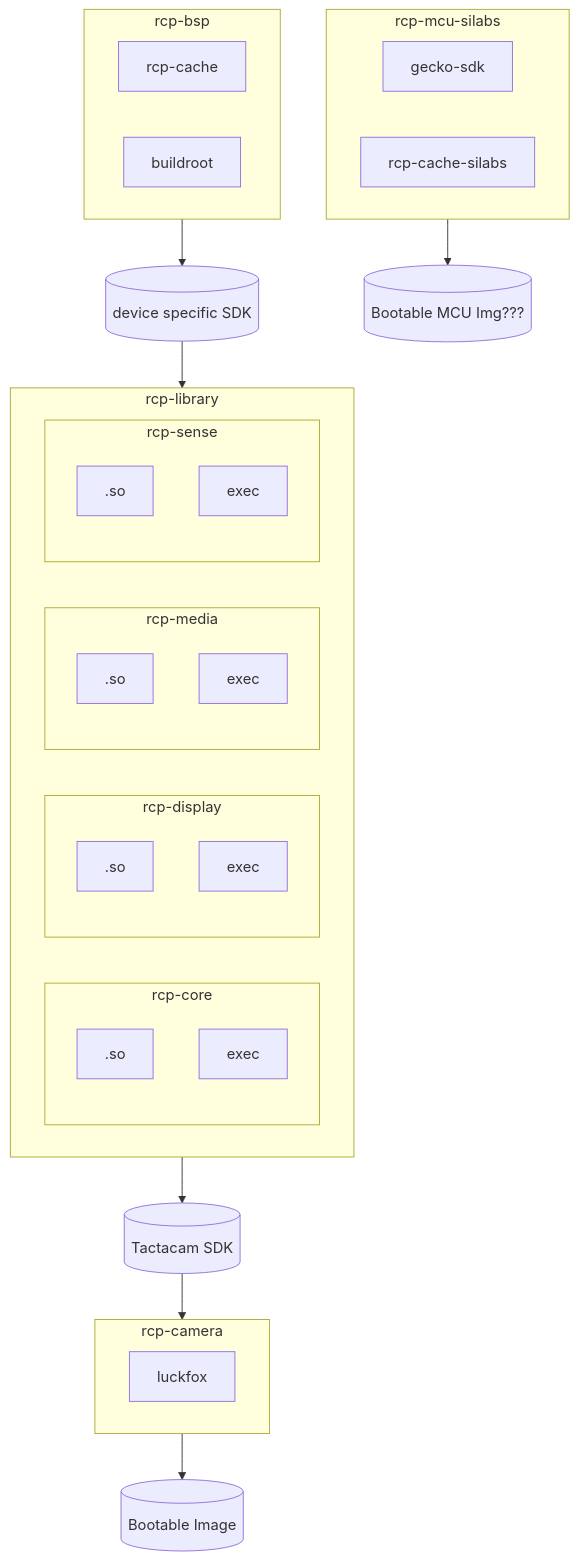
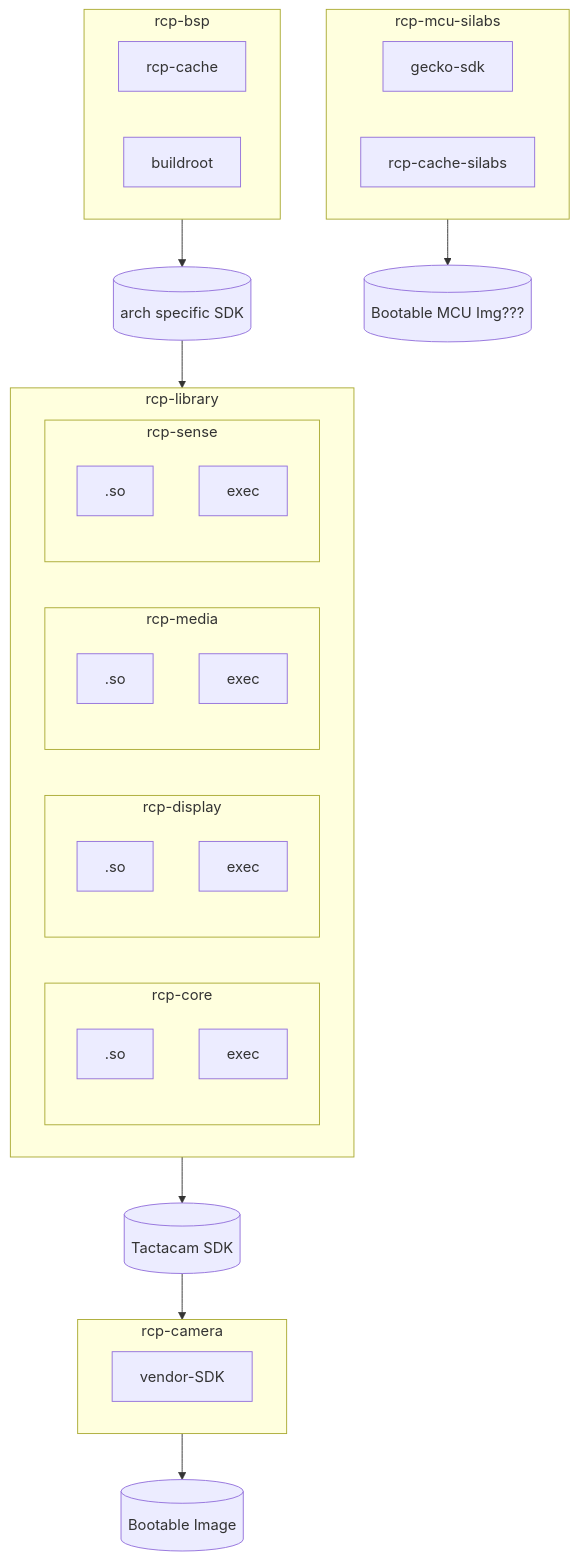
Before and after one commit to tactacam-ryanmoe/markdown-test: the second of 2 diagrams in README.md, drawn with Mermaid.

````diff
--- a/README.md
+++ b/README.md
@@ -39,56 +39,56 @@
 ```mermaid
 flowchart TB
 
     subgraph rcp-bsp
         rcp-cache
         buildroot
     end
 
     rcp-bsp --> SDK
-    SDK[(device specific SDK)]
+    SDK[(arch specific SDK)]
     
 
     SDK --> rcp-library
     subgraph rcp-library
         subgraph rcp-core
             coreso[.so]
             coreexe[exec]
         end
         subgraph rcp-display
             displayso[.so]
             displayexe[exec]
         end
         subgraph rcp-media
             mediaso[.so]
             mediaexe[exec]
         end
         subgraph rcp-sense
             senseso[.so]
             senseexe[exec]
         end
     end
 
     rcp-library --> TACTACAMSDK
     TACTACAMSDK[(Tactacam SDK)]
 
     TACTACAMSDK --> rcp-camera
     subgraph rcp-camera
-        luckfox
+        vendor-SDK
     end
 
     rcp-camera --> BOOTABLE
     BOOTABLE[(Bootable Image)]
 
     
 
 
 
     subgraph rcp-mcu-silabs
         gecko-sdk
         rcp-cache-silabs
     end
 
     MCUIMG[(Bootable MCU Img???)]
     rcp-mcu-silabs --> MCUIMG
     
 ```
````
